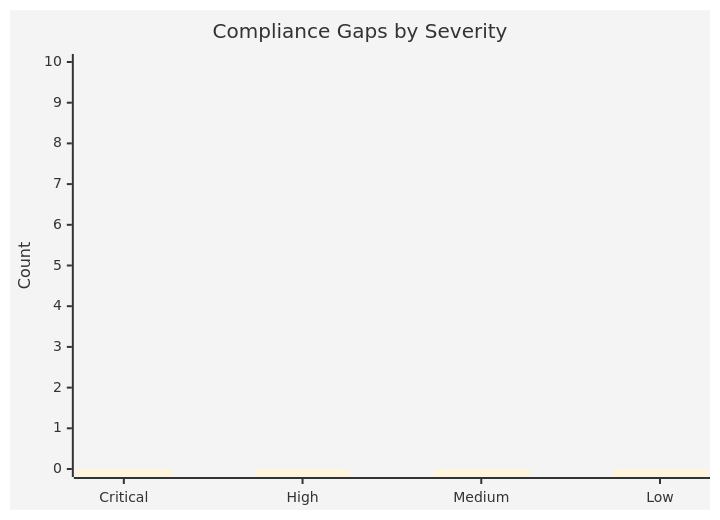
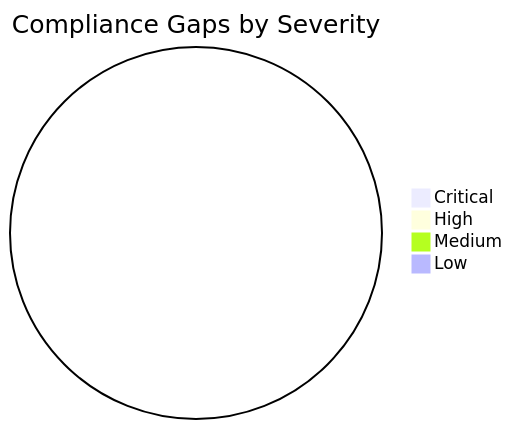
One commit to jonathan-vella/azure-smb-rf changed the diagram in .github/skills/azure-artifacts/templates/07-compliance-matrix.template.md. Above: the diagram before and after it, drawn with Mermaid. The commit also changed other lines of this file and 993 other files, not shown here.

````diff
--- a/.github/skills/azure-artifacts/templates/07-compliance-matrix.template.md
+++ b/.github/skills/azure-artifacts/templates/07-compliance-matrix.template.md
@@ -77,8 +77,7 @@
 ```mermaid
-%%{init: {"theme": "base", "themeVariables": {"primaryColor": "#D83B01"}}}%%
-xychart-beta
-    title "Compliance Gaps by Severity"
-    x-axis ["Critical", "High", "Medium", "Low"]
-    y-axis "Count" 0 --> 10
-    bar [0, 0, 0, 0]
+pie title Compliance Gaps by Severity
+    "Critical" : 0
+    "High" : 0
+    "Medium" : 0
+    "Low" : 0
 ```
````
